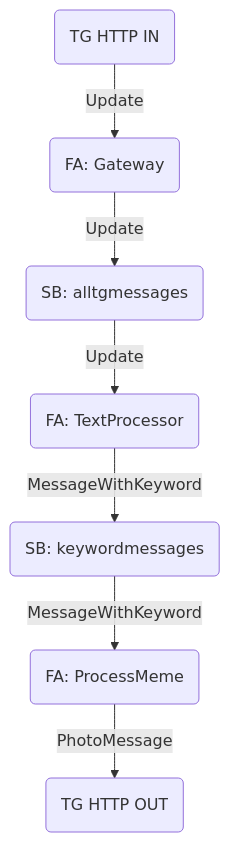
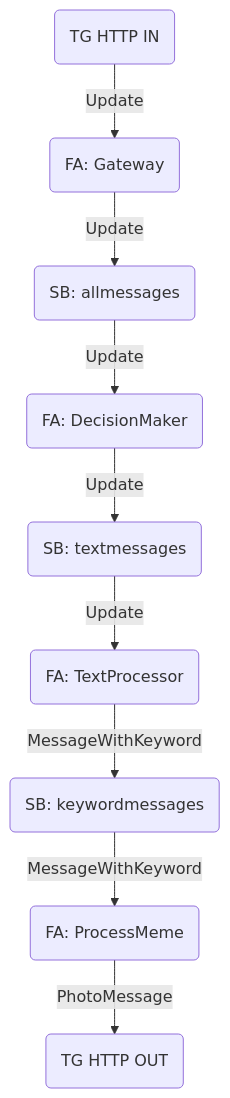
One commit to ArtemKiyashko/memesfinder-infrastructure changed the diagram in README.md. Above: the diagram before and after it, drawn with Mermaid. The commit also changed other lines of this file, not shown here.

````diff
--- a/README.md
+++ b/README.md
@@ -40,18 +42,22 @@
 ```mermaid
 flowchart TD;
 
 A(TG HTTP IN);
 B(FA: Gateway);
-C(SB: alltgmessages)
-D(FA: TextProcessor)
-E(SB: keywordmessages)
-F(FA: ProcessMeme)
-Z(TG HTTP OUT)
+C(SB: allmessages);
+G(FA: DecisionMaker);
+H(SB: textmessages);
+D(FA: TextProcessor);
+E(SB: keywordmessages);
+F(FA: ProcessMeme);
+Z(TG HTTP OUT);
 
 A -- Update --> B
 B -- Update --> C
-C -- Update --> D
+C -- Update --> G
+G -- Update --> H
+H -- Update --> D
 D -- MessageWithKeyword --> E
 E -- MessageWithKeyword --> F
 F -- PhotoMessage --> Z
 ```
````
